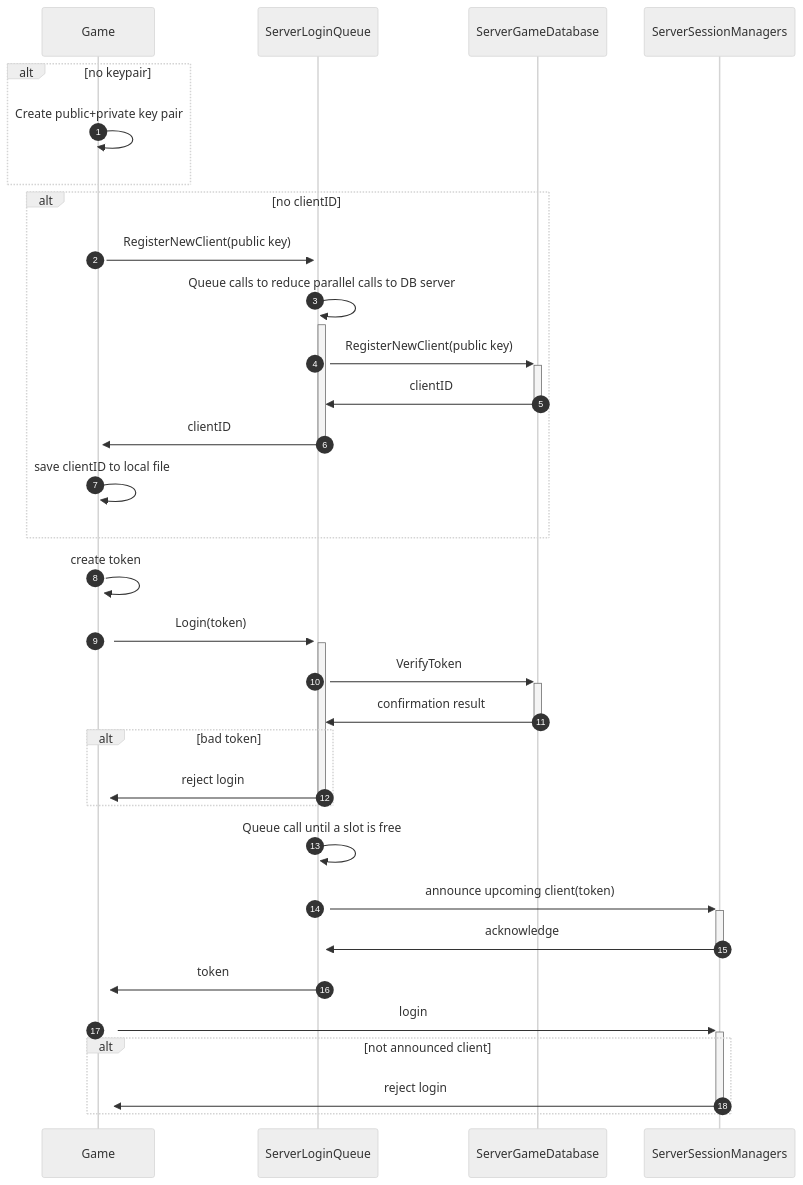
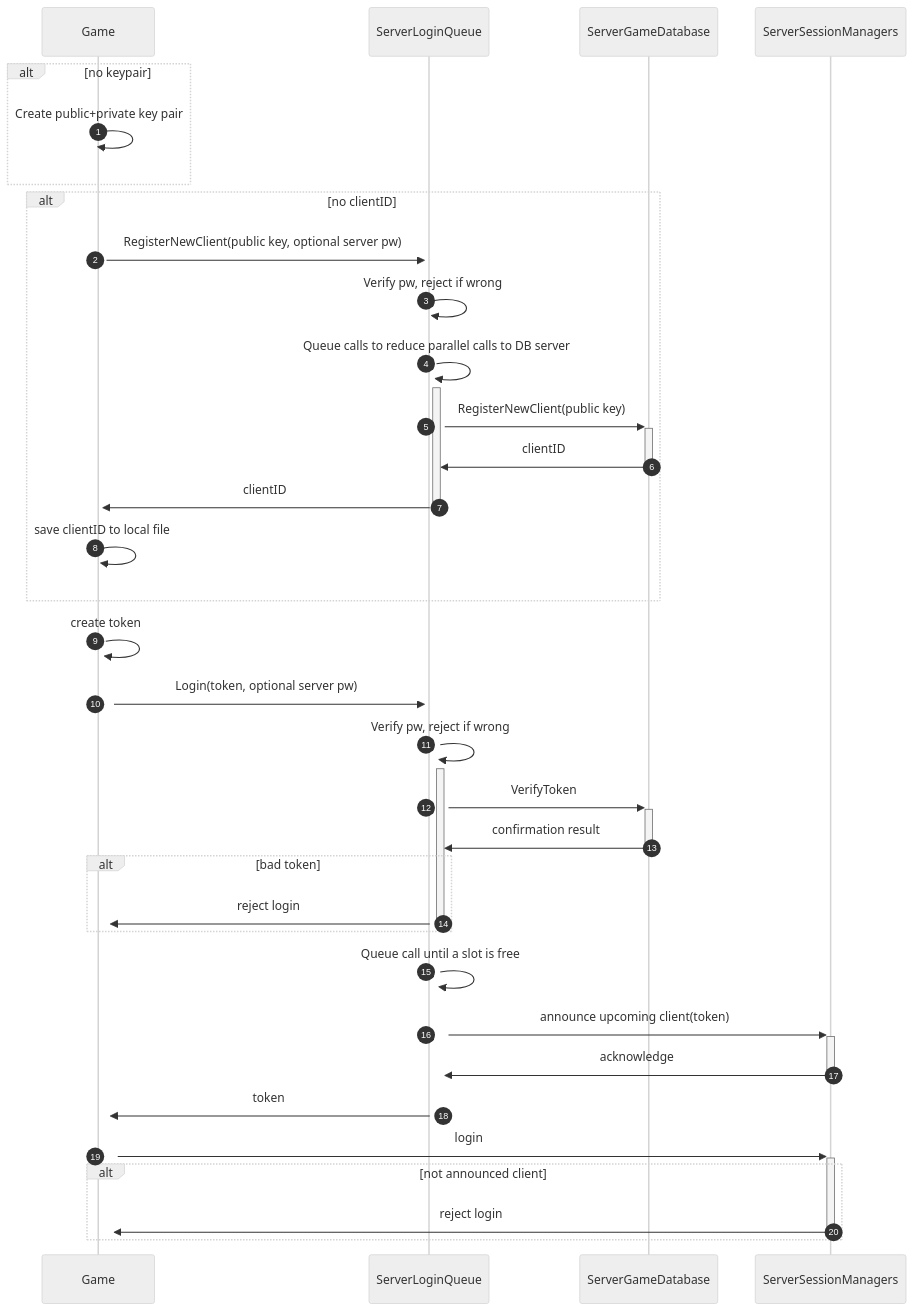
The third of 3 diagrams in ServerArchitecture.md (funjobie/OpenSwordArtsVR), drawn with Mermaid (neutral theme) before and after one commit.

Commit message:
add pw to login check

````diff
--- a/ServerArchitecture.md
+++ b/ServerArchitecture.md
@@ -136,30 +136,32 @@
 ```mermaid
 sequenceDiagram
     autonumber
     alt no keypair
         Game->>+Game: Create public+private key pair
     end
     alt no clientID
-        Game->>+ServerLoginQueue: RegisterNewClient(public key)
+        Game->>+ServerLoginQueue: RegisterNewClient(public key, optional server pw)
+        ServerLoginQueue->>+ServerLoginQueue: Verify pw, reject if wrong
         ServerLoginQueue->>+ServerLoginQueue: Queue calls to reduce parallel calls to DB server
         ServerLoginQueue->>+ServerGameDatabase: RegisterNewClient(public key)
         ServerGameDatabase->>-ServerLoginQueue: clientID
         ServerLoginQueue->>-Game: clientID
         Game->>+Game: save clientID to local file
     end
     Game->>+Game: create token
-    Game->>+ServerLoginQueue: Login(token)
+    Game->>+ServerLoginQueue: Login(token, optional server pw)
+    ServerLoginQueue->>+ServerLoginQueue: Verify pw, reject if wrong
     ServerLoginQueue->>+ServerGameDatabase: VerifyToken
     ServerGameDatabase->>-ServerLoginQueue: confirmation result
     alt bad token
         ServerLoginQueue->>-Game: reject login
     end
     ServerLoginQueue->>+ServerLoginQueue: Queue call until a slot is free
     ServerLoginQueue->>+ServerSessionManagers: announce upcoming client(token)
     ServerSessionManagers->>-ServerLoginQueue: acknowledge
     ServerLoginQueue->>+Game: token
     Game->>+ServerSessionManagers: login
     alt not announced client
         ServerSessionManagers->>-Game: reject login
     end
 ```
````
